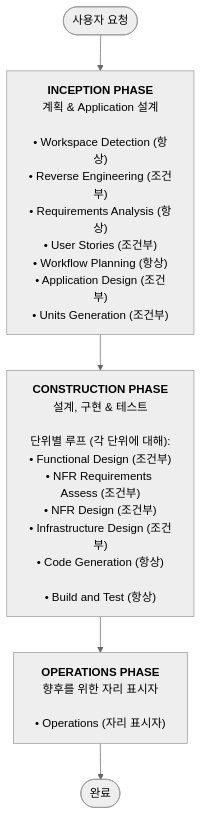
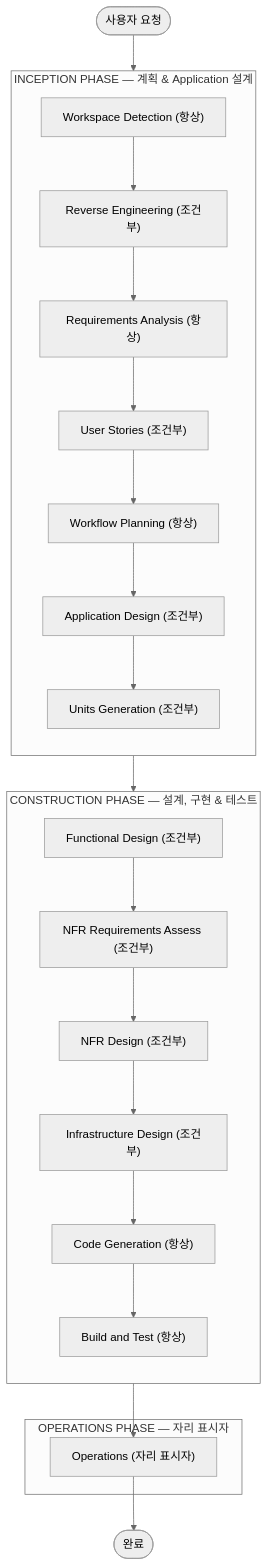
Before and after one commit to serithemage/aidlc-cc-plugin: the diagram in skills/start/rule-details/common/welcome-message.md, drawn with Mermaid (neutral theme). The commit also changed 1 other file, not shown here.

Commit message:
Mermaid 다이어그램을 subgraph 구조로 개선
긴 노드 내용으로 인한 렌더링 실패 해결
- 단일 노드에 모든 내용 → subgraph + 개별 노드로 분리
- README.md, welcome-message.md 적용

````diff
--- a/skills/start/rule-details/common/welcome-message.md
+++ b/skills/start/rule-details/common/welcome-message.md
@@ -23,14 +23,34 @@
 ```mermaid
 flowchart TD
     Start(["사용자 요청"])
 
-    INCEPTION["<b>INCEPTION PHASE</b><br/>계획 & Application 설계<br/><br/>• Workspace Detection (항상)<br/>• Reverse Engineering (조건부)<br/>• Requirements Analysis (항상)<br/>• User Stories (조건부)<br/>• Workflow Planning (항상)<br/>• Application Design (조건부)<br/>• Units Generation (조건부)"]
+    subgraph INCEPTION["INCEPTION PHASE — 계획 & Application 설계"]
+        direction TB
+        I1["Workspace Detection (항상)"] --> I2["Reverse Engineering (조건부)"]
+        I2 --> I3["Requirements Analysis (항상)"]
+        I3 --> I4["User Stories (조건부)"]
+        I4 --> I5["Workflow Planning (항상)"]
+        I5 --> I6["Application Design (조건부)"]
+        I6 --> I7["Units Generation (조건부)"]
+    end
 
-    CONSTRUCTION["<b>CONSTRUCTION PHASE</b><br/>설계, 구현 & 테스트<br/><br/>단위별 루프 (각 단위에 대해):<br/>• Functional Design (조건부)<br/>• NFR Requirements Assess (조건부)<br/>• NFR Design (조건부)<br/>• Infrastructure Design (조건부)<br/>• Code Generation (항상)<br/><br/>• Build and Test (항상)"]
+    subgraph CONSTRUCTION["CONSTRUCTION PHASE — 설계, 구현 & 테스트"]
+        direction TB
+        C1["Functional Design (조건부)"] --> C2["NFR Requirements Assess (조건부)"]
+        C2 --> C3["NFR Design (조건부)"]
+        C3 --> C4["Infrastructure Design (조건부)"]
+        C4 --> C5["Code Generation (항상)"]
+        C5 --> C6["Build and Test (항상)"]
+    end
 
-    OPERATIONS["<b>OPERATIONS PHASE</b><br/>향후를 위한 자리 표시자<br/><br/>• Operations (자리 표시자)"]
+    subgraph OPERATIONS["OPERATIONS PHASE — 자리 표시자"]
+        O1["Operations (자리 표시자)"]
+    end
 
     End(["완료"])
 
-    Start --> INCEPTION --> CONSTRUCTION --> OPERATIONS --> End
+    Start --> I1
+    I7 --> C1
+    C6 --> O1
+    O1 --> End
 ```
````
